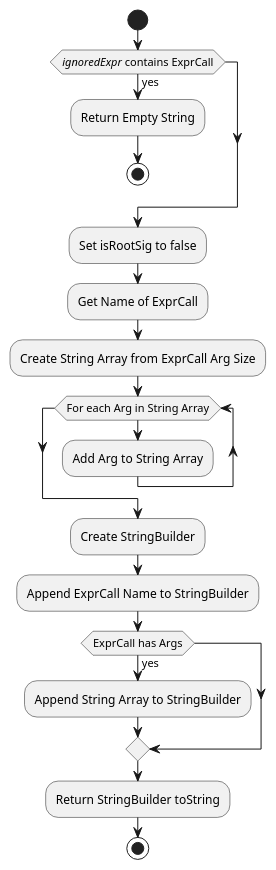
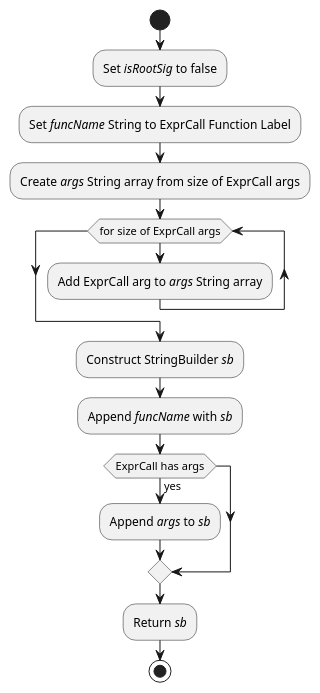
The diagram in src/main/javadoc/edu/gatech/gtri/obm/alloy/translator/doc-files/ExprVisitor_visitExprCall.puml (ontological-behavior-modeling/tester), drawn with PlantUML before and after one commit. The commit also changed 12 other files, not shown here.

```diff
--- a/src/main/javadoc/edu/gatech/gtri/obm/alloy/translator/doc-files/ExprVisitor_visitExprCall.puml
+++ b/src/main/javadoc/edu/gatech/gtri/obm/alloy/translator/doc-files/ExprVisitor_visitExprCall.puml
@@ -1,20 +1,16 @@
 @startuml
 start
-if(//ignoredExpr// contains ExprCall) then (yes)
-:Return Empty String;
-stop
+:Set //isRootSig// to false;
+:Set //funcName// String to ExprCall Function Label;
+:Create //args// String array from size of ExprCall args;
+while(for size of ExprCall args)
+	:Add ExprCall arg to //args// String array;
+endwhile
+:Construct StringBuilder //sb//;
+:Append //funcName// with //sb//;
+if(ExprCall has args) then (yes)
+	:Append //args// to //sb//;
 endif
-:Set isRootSig to false;
-:Get Name of ExprCall;
-:Create String Array from ExprCall Arg Size;
-while(For each Arg in String Array)
-:Add Arg to String Array;
-endwhile
-:Create StringBuilder;
-:Append ExprCall Name to StringBuilder;
-if(ExprCall has Args) then (yes)
-:Append String Array to StringBuilder;
-endif
-:Return StringBuilder toString;
+:Return //sb//;
 stop
 @enduml
```
